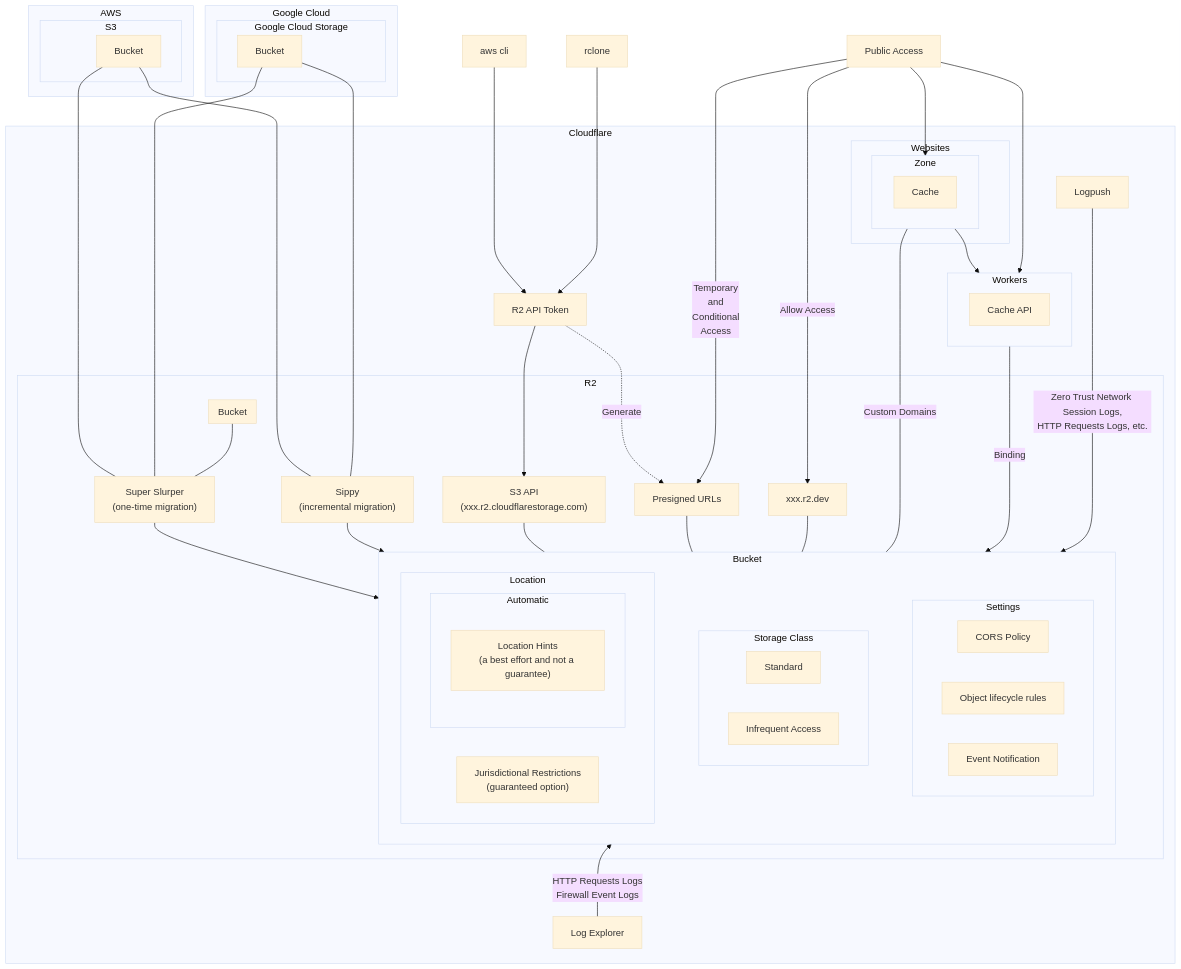
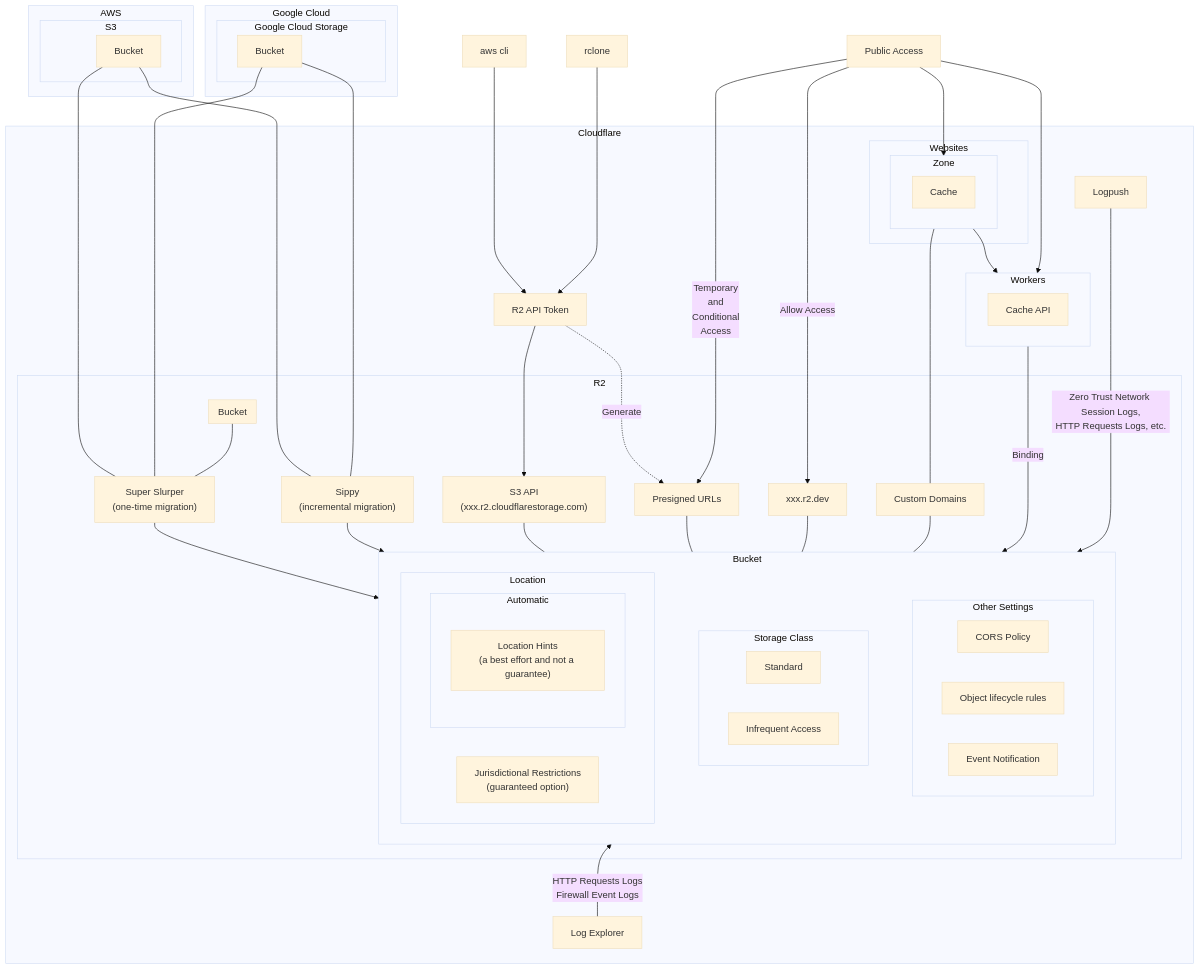
The diagram in r2-feature-and-integration.md (kyouheicf/cloudflare-mermaid-diagrams), drawn with Mermaid (base theme) before and after one commit.

````diff
--- a/r2-feature-and-integration.md
+++ b/r2-feature-and-integration.md
@@ -1,79 +1,80 @@
 ```mermaid
 graph TB
 
 subgraph Cloudflare
 subgraph Workers
 CacheAPI[Cache API]
 end
 subgraph Websites
 subgraph Domain[Zone]
 Cache
 end
 end
 Logpush
 LE[Log Explorer]
 Token[R2 API Token]
 subgraph R2
 subgraph R2Bucket [Bucket]
 direction LR
 subgraph Location
 direction LR
 subgraph Automatic
 Hint["Location Hints<br>(a best effort and not a guarantee)"]
 end
 Jurisdiction["Jurisdictional Restrictions<br>(guaranteed option)"]
 end
 subgraph storageClass [Storage Class]
 direction LR
 Standard
 Infrequent["Infrequent Access"]
 end
-subgraph Settings
+subgraph Settings[Other Settings]
 direction LR
 CORS[CORS Policy]
 Lifecycle[Object lifecycle rules]
 Event[Event Notification]
 end
 Location ~~~ storageClass ~~~ Settings
 end
 subgraph R2Bucket2 [Bucket]
 end
 Sippy["Sippy<br>(incremental migration)"]
 Slurper["Super Slurper<br>(one-time migration)"]
 R2DEV[xxx.r2.dev]
+Custom[Custom Domains]
 presigned[Presigned URLs]
 S3API["S3 API<br>(xxx.r2.cloudflarestorage.com)"]
 end
 end
 
 subgraph AWS
 subgraph S3
 S3Bucket1[Bucket]
 end
 end
 
 subgraph GCP [Google Cloud]
 subgraph GCS [Google Cloud Storage]
 GCSBucket1[Bucket]
 end
 end
 
 S3Bucket1 ------ Slurper & Sippy --> R2Bucket
 GCSBucket1 ------ Slurper & Sippy
 R2Bucket2 --- Slurper
 
 R2Bucket ~~~ LE --> |HTTP Requests Logs<br>Firewall Event Logs|R2Bucket
 LE ~~~ R2Bucket
 
 cli[aws cli] & rclone ---> Token --> S3API --- R2Bucket
 Token -..-> |Generate|presigned
 Public --> |Temporary<br>and<br>Conditional<br>Access|presigned --- R2Bucket
 
 Public --> |Allow Access|R2DEV --- R2Bucket
-Public[Public Access] --> Domain ----- |Custom Domains|R2Bucket
+Public[Public Access] --> Domain ----- Custom --- R2Bucket
 Domain --> Workers
 Public --> Workers ----> |Binding|R2Bucket
 
 Logpush -----> |Zero Trust Network Session Logs,<br>HTTP Requests Logs, etc.|R2Bucket
 
 ```
````
